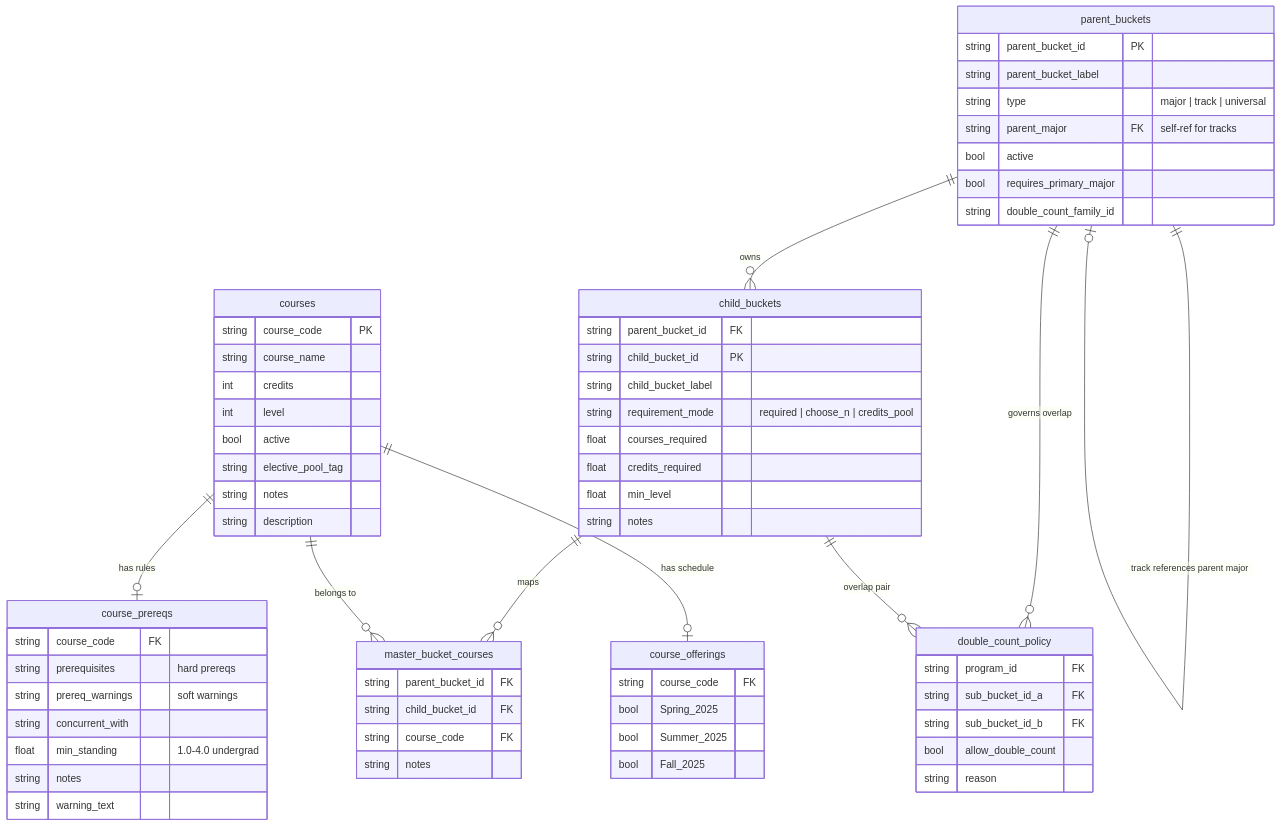
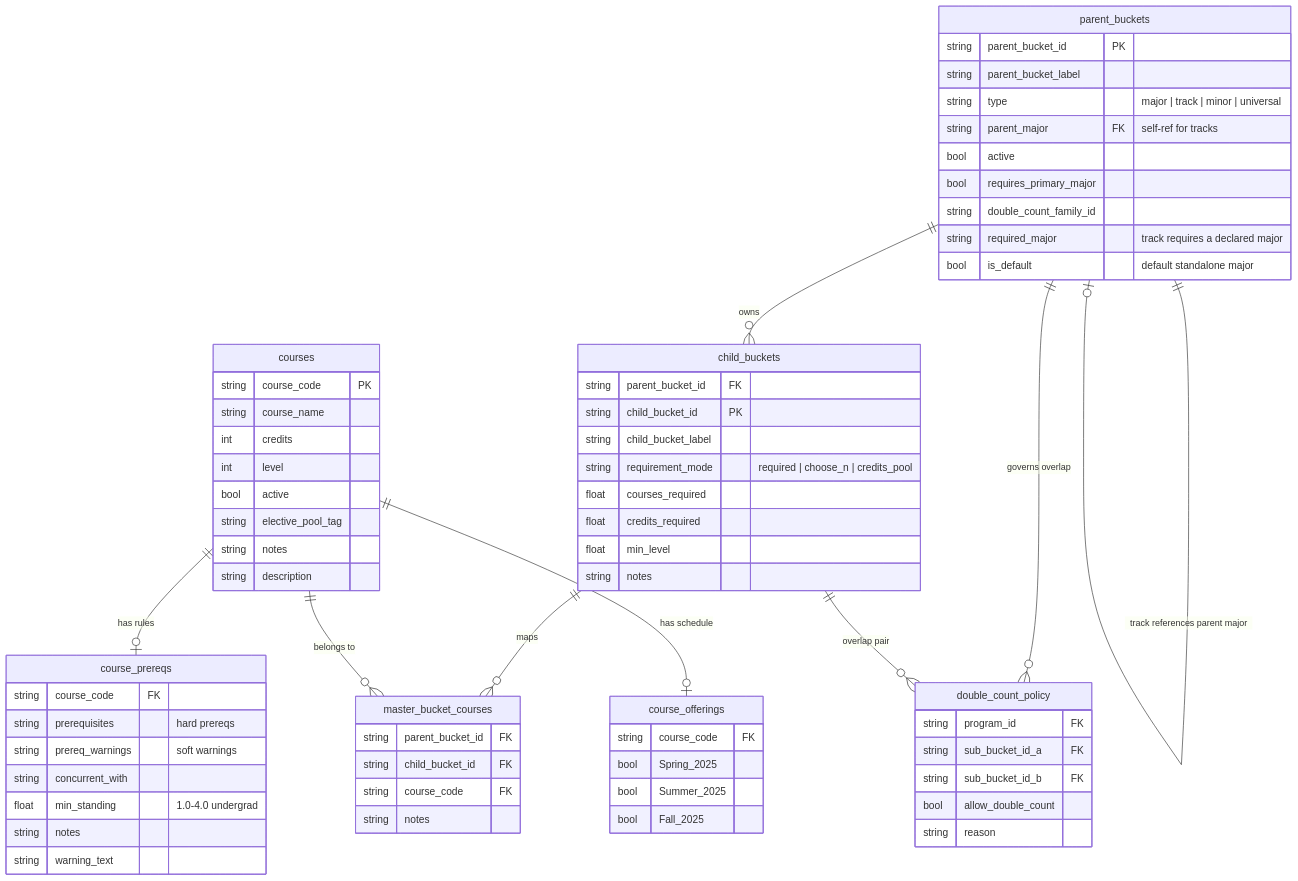
One commit to markiengo/marqbot changed the diagram in docs/data_model.md. Above: the diagram before and after it, drawn with Mermaid. The commit also changed other lines of this file and 317 other files, not shown here.

````diff
--- a/docs/data_model.md
+++ b/docs/data_model.md
@@ -7,75 +7,77 @@
 ```mermaid
 erDiagram
     courses {
         string course_code PK
         string course_name
         int credits
         int level
         bool active
         string elective_pool_tag
         string notes
         string description
     }
 
     parent_buckets {
         string parent_bucket_id PK
         string parent_bucket_label
-        string type "major | track | universal"
+        string type "major | track | minor | universal"
         string parent_major FK "self-ref for tracks"
         bool active
         bool requires_primary_major
         string double_count_family_id
+        string required_major "track requires a declared major"
+        bool is_default "default standalone major"
     }
 
     child_buckets {
         string parent_bucket_id FK
         string child_bucket_id PK
         string child_bucket_label
         string requirement_mode "required | choose_n | credits_pool"
         float courses_required
         float credits_required
         float min_level
         string notes
     }
 
     master_bucket_courses {
         string parent_bucket_id FK
         string child_bucket_id FK
         string course_code FK
         string notes
     }
 
     course_prereqs {
         string course_code FK
         string prerequisites "hard prereqs"
         string prereq_warnings "soft warnings"
         string concurrent_with
         float min_standing "1.0-4.0 undergrad"
         string notes
         string warning_text
     }
 
     course_offerings {
         string course_code FK
         bool Spring_2025
         bool Summer_2025
         bool Fall_2025
     }
 
     double_count_policy {
         string program_id FK
         string sub_bucket_id_a FK
         string sub_bucket_id_b FK
         bool allow_double_count
         string reason
     }
 
     parent_buckets ||--o{ child_buckets : "owns"
     parent_buckets ||--o| parent_buckets : "track references parent major"
     child_buckets ||--o{ master_bucket_courses : "maps"
     courses ||--o{ master_bucket_courses : "belongs to"
     courses ||--o| course_prereqs : "has rules"
     courses ||--o| course_offerings : "has schedule"
     parent_buckets ||--o{ double_count_policy : "governs overlap"
     child_buckets ||--o{ double_count_policy : "overlap pair"
 ```
````
